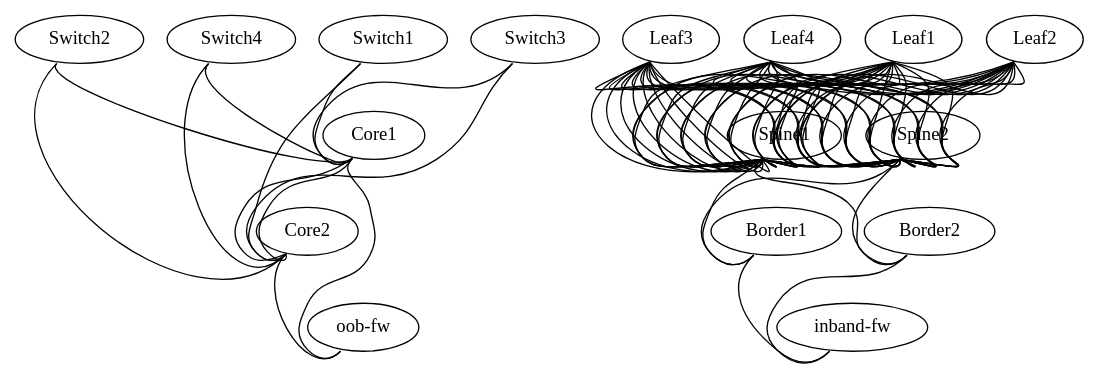
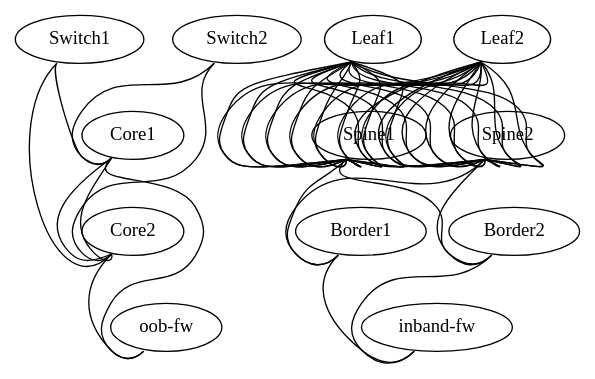
One commit to aliaydemir/lldpq-src-edt changed the diagram in lldpq/topology.dot. Above: the diagram before and after it, drawn with Graphviz. The commit also changed 5 other files, not shown here.

```diff
--- a/lldpq/topology.dot
+++ b/lldpq/topology.dot
@@ -1,159 +1,117 @@
 /*
  * Copyright (c) 2024 LLDPq Project
  * Licensed under MIT License - see LICENSE file for details
  *
  * =============================================================================
  * TOPOLOGY.DOT - LLDPq Expected Network Topology Definition
  * =============================================================================
  *
  * PURPOSE:
  *   This file defines the expected/designed network topology connections.
  *   Used by generate_topology.py and generate_topology_full.py to validate
  *   actual LLDP-discovered connections against the intended network design.
  *
  * FORMAT:
  *   GraphViz DOT format - defines network connections as graph edges
  *   "DeviceA":"InterfaceX" -- "DeviceB":"InterfaceY"
  *
  * USAGE:
  *   - Topology validation: Compare LLDP discoveries vs expected design
  *   - Missing link detection: Identify cables not connected as designed
  *   - Network documentation: Visual representation of intended topology
  *   - Change management: Track topology modifications over time
  *
  * VALIDATION LOGIC:
  *   - ✅ LLDP matches DOT: Connection is correct
  *   - ❌ LLDP missing from DOT: Unexpected connection found
  *   - ⚠️  DOT missing from LLDP: Expected connection not found (missing cable)
  *
  * SYNTAX:
  *   graph "NETWORK_NAME" {
  *     "Hostname1":"Interface1" -- "Hostname2":"Interface2"
  *     "Leaf01":"swp49" -- "Spine01":"swp1"
  *   }
  *
  * MAINTENANCE:
  *   - Add new connections when cables are installed
  *   - Remove connections when cables are removed  
  *   - Update when devices/interfaces are renamed
  *   - Keep synchronized with physical network changes
  *
  * NOTE:
  *   Hostnames must match those in devices.yaml and assets.ini for proper
  *   correlation. Interface names must match actual device interface naming.
  *
  * =============================================================================
  */
 
 graph "ACME" {
 
 # OOB-Leaf to OOB-Spine
 
 "Switch1":"swp49" -- "Core1":"swp1"
 "Switch1":"swp50" -- "Core2":"swp1"
 "Switch2":"swp49" -- "Core1":"swp2"
 "Switch2":"swp50" -- "Core2":"swp2"
-"Switch3":"swp49" -- "Core1":"swp3"
-"Switch3":"swp50" -- "Core2":"swp3"
-"Switch4":"swp49" -- "Core1":"swp4"
-"Switch4":"swp50" -- "Core2":"swp4"
 
 # OOB-Spine to OOB-FW
 
 "Core1":"swp29" -- "oob-fw":"swp1"
 "Core2":"swp29" -- "oob-fw":"swp2"
 
 # OOB-Spine to OOB-Spine
 
 "Core1":"swp31" -- "Core2":"swp31"
 "Core1":"swp32" -- "Core2":"swp32"
 
 # TAN-Spine to Border-Leaf
 
 "Spine1":"swp64s0" -- "Border1":"swp1"
 "Spine1":"swp64s1" -- "Border2":"swp1"
 "Spine2":"swp64s0" -- "Border1":"swp2"
 "Spine2":"swp64s1" -- "Border2":"swp2"
 
 # Border-Leaf to inband-fw
 
 "Border1":"swp31" -- "inband-fw":"swp1"
 "Border2":"swp31" -- "inband-fw":"swp2"
-
-# TAN-Leaf to TAN-Leaf
 
 # TAN-Leaf to TAN-Spine
 
 "Leaf1":"swp55s0" -- "Spine1":"swp1s0"
 "Leaf1":"swp55s1" -- "Spine1":"swp1s1"
 "Leaf1":"swp56s0" -- "Spine1":"swp2s0"
 "Leaf1":"swp56s1" -- "Spine1":"swp2s1"
 "Leaf1":"swp57s0" -- "Spine1":"swp3s0"
 "Leaf1":"swp57s1" -- "Spine1":"swp3s1"
 "Leaf1":"swp58s0" -- "Spine1":"swp4s0"
 "Leaf1":"swp58s1" -- "Spine1":"swp4s1"
 
 "Leaf1":"swp59s0" -- "Spine2":"swp1s0"
 "Leaf1":"swp59s1" -- "Spine2":"swp1s1"
 "Leaf1":"swp60s0" -- "Spine2":"swp2s0"
 "Leaf1":"swp60s1" -- "Spine2":"swp2s1"
 "Leaf1":"swp61s0" -- "Spine2":"swp3s0"
 "Leaf1":"swp61s1" -- "Spine2":"swp3s1"
 "Leaf1":"swp62s0" -- "Spine2":"swp4s0"
 "Leaf1":"swp62s1" -- "Spine2":"swp4s1"
 
 "Leaf2":"swp55s0" -- "Spine1":"swp5s0"
 "Leaf2":"swp55s1" -- "Spine1":"swp5s1"
 "Leaf2":"swp56s0" -- "Spine1":"swp6s0"
 "Leaf2":"swp56s1" -- "Spine1":"swp6s1"
 "Leaf2":"swp57s0" -- "Spine1":"swp7s0"
 "Leaf2":"swp57s1" -- "Spine1":"swp7s1"
 "Leaf2":"swp58s0" -- "Spine1":"swp8s0"
 "Leaf2":"swp58s1" -- "Spine1":"swp8s1"
 
 "Leaf2":"swp59s0" -- "Spine2":"swp5s0"
 "Leaf2":"swp59s1" -- "Spine2":"swp5s1"
 "Leaf2":"swp60s0" -- "Spine2":"swp6s0"
 "Leaf2":"swp60s1" -- "Spine2":"swp6s1"
 "Leaf2":"swp61s0" -- "Spine2":"swp7s0"
 "Leaf2":"swp61s1" -- "Spine2":"swp7s1"
 "Leaf2":"swp62s0" -- "Spine2":"swp8s0"
 "Leaf2":"swp62s1" -- "Spine2":"swp8s1"
 
-"Leaf3":"swp55s0" -- "Spine1":"swp9s0"
-"Leaf3":"swp55s1" -- "Spine1":"swp9s1"
-"Leaf3":"swp56s0" -- "Spine1":"swp10s0"
-"Leaf3":"swp56s1" -- "Spine1":"swp10s1"
-"Leaf3":"swp57s0" -- "Spine1":"swp11s0"
-"Leaf3":"swp57s1" -- "Spine1":"swp11s1"
-"Leaf3":"swp58s0" -- "Spine1":"swp12s0"
-"Leaf3":"swp58s1" -- "Spine1":"swp12s1"
-
-"Leaf3":"swp59s0" -- "Spine2":"swp9s0"
-"Leaf3":"swp59s1" -- "Spine2":"swp9s1"
-"Leaf3":"swp60s0" -- "Spine2":"swp10s0"
-"Leaf3":"swp60s1" -- "Spine2":"swp10s1"
-"Leaf3":"swp61s0" -- "Spine2":"swp11s0"
-"Leaf3":"swp61s1" -- "Spine2":"swp11s1"
-"Leaf3":"swp62s0" -- "Spine2":"swp12s0"
-"Leaf3":"swp62s1" -- "Spine2":"swp12s1"
-
-"Leaf4":"swp55s0" -- "Spine1":"swp13s0"
-"Leaf4":"swp55s1" -- "Spine1":"swp13s1"
-"Leaf4":"swp56s0" -- "Spine1":"swp14s0"
-"Leaf4":"swp56s1" -- "Spine1":"swp14s1"
-"Leaf4":"swp57s0" -- "Spine1":"swp15s0"
-"Leaf4":"swp57s1" -- "Spine1":"swp15s1"
-"Leaf4":"swp58s0" -- "Spine1":"swp16s0"
-"Leaf4":"swp58s1" -- "Spine1":"swp16s1"
-
-"Leaf4":"swp59s0" -- "Spine2":"swp13s0"
-"Leaf4":"swp59s1" -- "Spine2":"swp13s1"
-"Leaf4":"swp60s0" -- "Spine2":"swp14s0"
-"Leaf4":"swp60s1" -- "Spine2":"swp14s1"
-"Leaf4":"swp61s0" -- "Spine2":"swp15s0"
-"Leaf4":"swp61s1" -- "Spine2":"swp15s1"
-"Leaf4":"swp62s0" -- "Spine2":"swp16s0"
-"Leaf4":"swp62s1" -- "Spine2":"swp16s1"
-
 }
```
